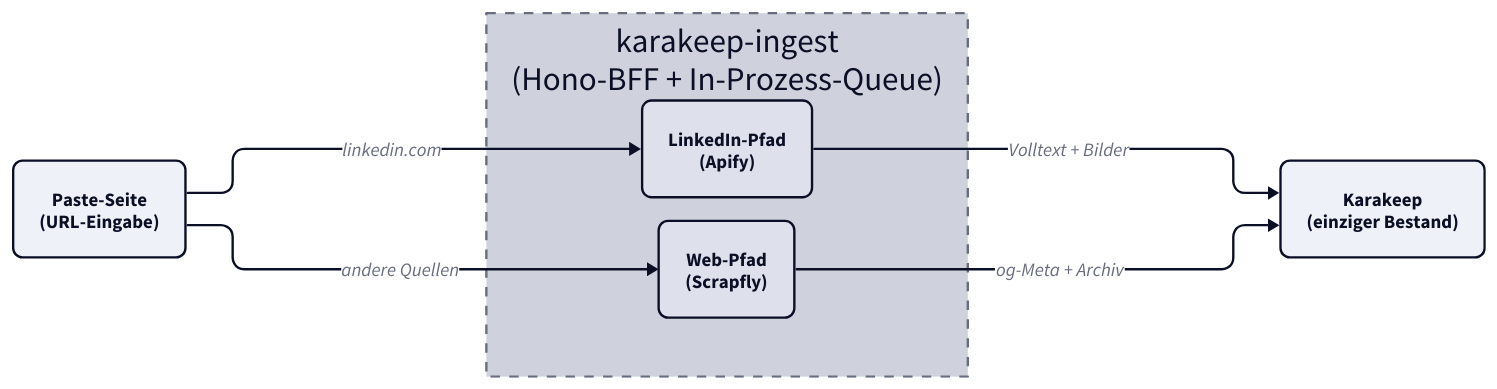
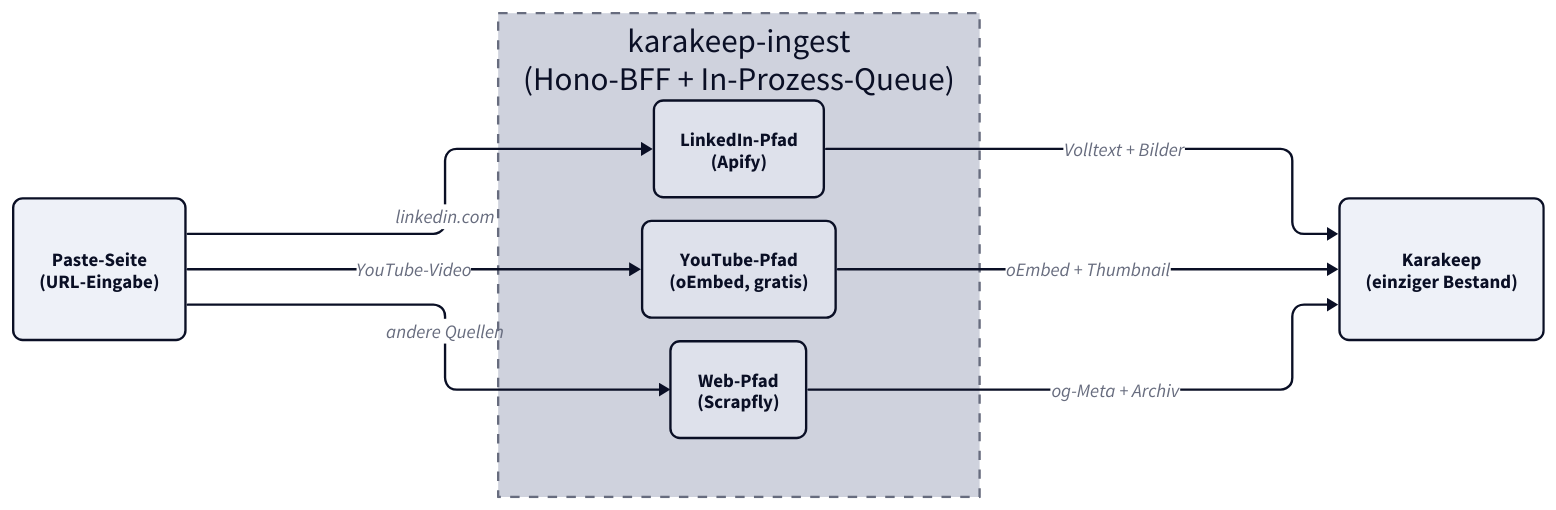
Before and after one commit to derever-labs/homelab-wiki: the diagram in docs/karakeep-ingest/index.md, drawn with D2. The commit also changed other lines of this file, not shown here.

Commit message:
docs(karakeep-ingest): YouTube-Pfad in Quellen und Diagramm ergaenzen

````diff
--- a/docs/karakeep-ingest/index.md
+++ b/docs/karakeep-ingest/index.md
@@ -31,29 +31,32 @@
 ```d2
 vars: {
   d2-config: {
     theme-id: 1
     layout-engine: elk
   }
 }
 
 classes: {
   node: { style: { border-radius: 8 } }
 }
 
 direction: right
 
 UI: "Paste-Seite\n(URL-Eingabe)" { class: node }
 
 Ingest: "karakeep-ingest\n(Hono-BFF + In-Prozess-Queue)" {
   style.stroke-dash: 4
   LI: "LinkedIn-Pfad\n(Apify)" { class: node }
+  YT: "YouTube-Pfad\n(oEmbed, gratis)" { class: node }
   WEB: "Web-Pfad\n(Scrapfly)" { class: node }
 }
 
 Karakeep: "Karakeep\n(einziger Bestand)" { class: node }
 
 UI -> Ingest.LI: "linkedin.com"
+UI -> Ingest.YT: "YouTube-Video"
 UI -> Ingest.WEB: "andere Quellen"
 Ingest.LI -> Karakeep: "Volltext + Bilder"
+Ingest.YT -> Karakeep: "oEmbed + Thumbnail"
 Ingest.WEB -> Karakeep: "og-Meta + Archiv"
 ```
````
